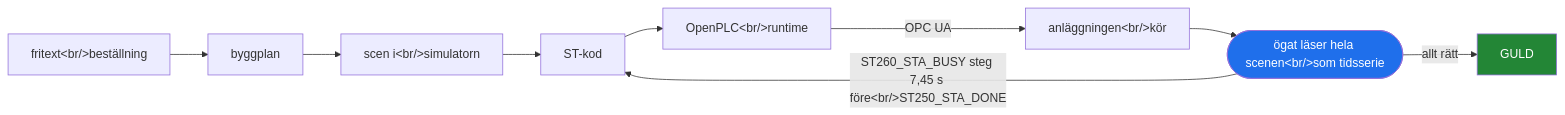
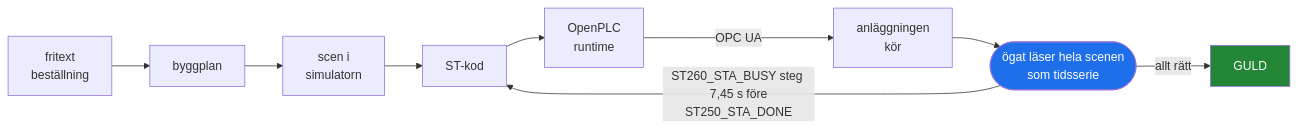
One commit to antonbj3/VC_Assist changed the first of 3 diagrams in docs/PRESENTATION_UTKAST.md. Above: the diagram before and after it, drawn with Mermaid. The commit also changed other lines of this file, not shown here.

````diff
--- a/docs/PRESENTATION_UTKAST.md
+++ b/docs/PRESENTATION_UTKAST.md
@@ -13,14 +13,14 @@
 ```mermaid
 flowchart LR
-    A["fritext&lt;br/&gt;beställning"] --> B["byggplan"]
-    B --> C["scen i&lt;br/&gt;simulatorn"]
+    A["fritext<br/>beställning"] --> B["byggplan"]
+    B --> C["scen i<br/>simulatorn"]
     C --> D["ST-kod"]
-    D --> E["OpenPLC&lt;br/&gt;runtime"]
-    E -->|OPC UA| F["anläggningen&lt;br/&gt;kör"]
-    F --> G(["ögat läser hela scenen&lt;br/&gt;som tidsserie"])
+    D --> E["OpenPLC<br/>runtime"]
+    E -->|OPC UA| F["anläggningen<br/>kör"]
+    F --> G(["ögat läser hela scenen<br/>som tidsserie"])
     G -->|"allt rätt"| H["GULD"]
-    G -->|"ST260_STA_BUSY steg 7,45 s före&lt;br/&gt;ST250_STA_DONE"| D
+    G -->|"ST260_STA_BUSY steg 7,45 s före<br/>ST250_STA_DONE"| D
 
     style G fill:#1f6feb,color:#fff
     style H fill:#238636,color:#fff
 ```
````
